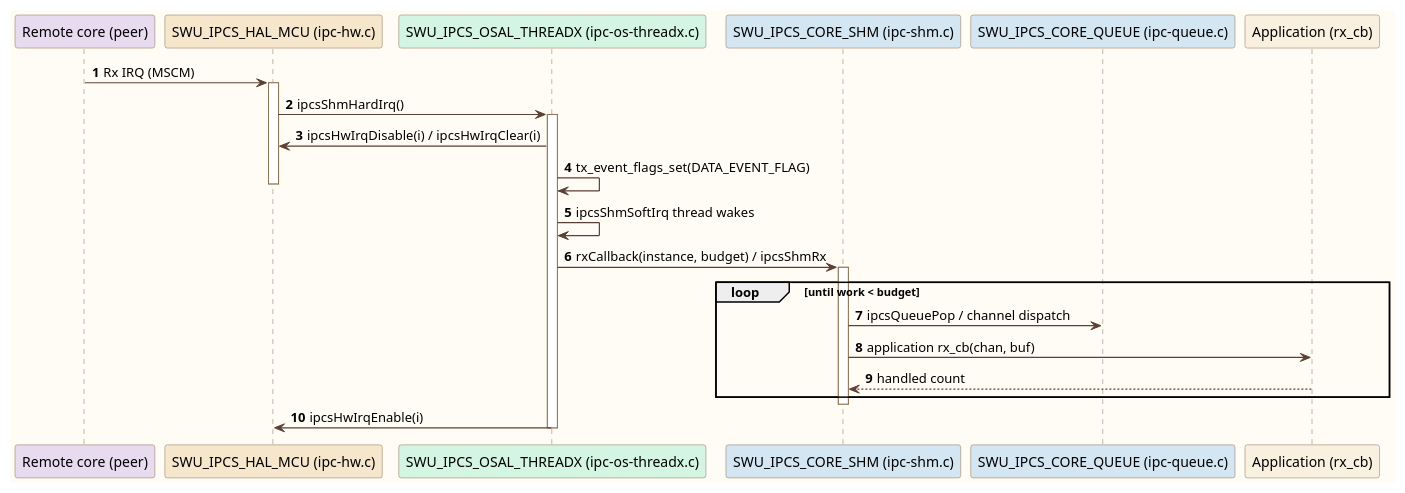
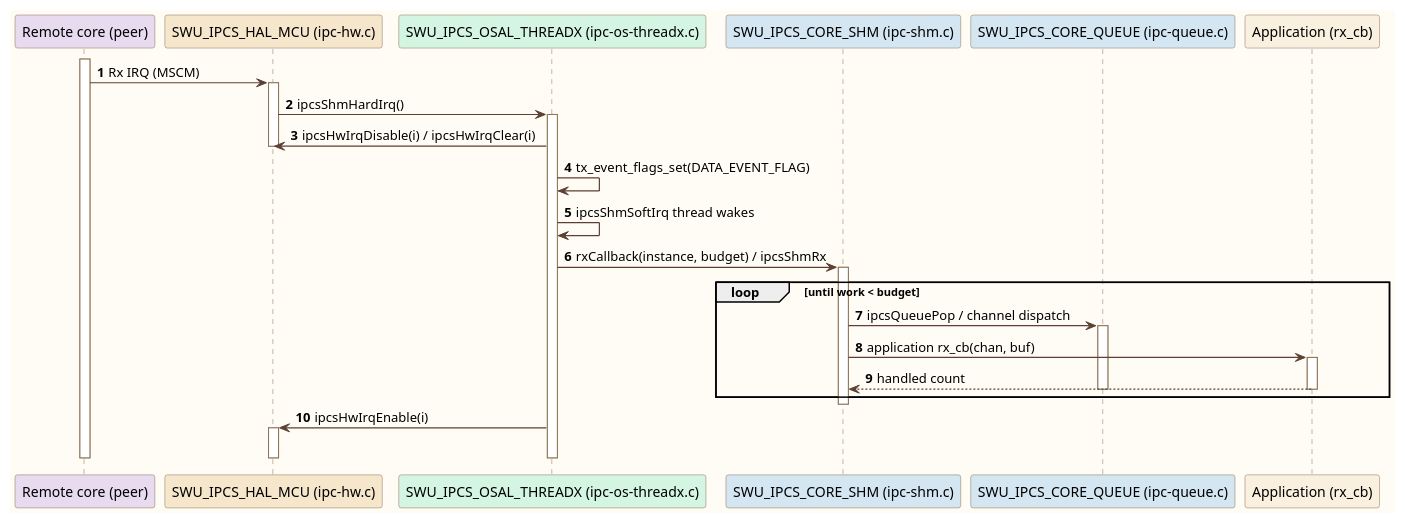
The diagram in c1_sdd_linux-ipcs/cursor_tmp/flow_umls/rtos_seq_rx_managed.puml (Mastang1/sad_sdd_proj), drawn with PlantUML before and after one commit. The commit also changed 208 other files, not shown here.

```diff
--- a/c1_sdd_linux-ipcs/cursor_tmp/flow_umls/rtos_seq_rx_managed.puml
+++ b/c1_sdd_linux-ipcs/cursor_tmp/flow_umls/rtos_seq_rx_managed.puml
@@ -1,44 +1,52 @@
 @startuml
 skinparam backgroundColor #FFFCF5
 skinparam sequenceArrowThickness 1.2
 skinparam sequence {
   ArrowColor #5C4033
   LifeLineBorderColor #8B7355
   ParticipantBorderColor #8B7355
   BoxBorderColor #A08060
 }
 skinparam note {
   BackgroundColor #FFF8E8
   BorderColor #B89968
 }
 skinparam actor {
   BackgroundColor #FAF0E0
   BorderColor #8B7355
 }
 participant "Remote core (peer)" as REMOTE #E8DAEF
 participant "SWU_IPCS_HAL_MCU (ipc-hw.c)" as HAL #F5E6CC
 participant "SWU_IPCS_OSAL_THREADX (ipc-os-threadx.c)" as OSAL #D5F5E3
 participant "SWU_IPCS_CORE_SHM (ipc-shm.c)" as CORE #D4E6F1
 participant "SWU_IPCS_CORE_QUEUE (ipc-queue.c)" as QUEUE #D4E6F1
 participant "Application (rx_cb)" as APP #FAF0E0
 
 autonumber
+activate REMOTE
 REMOTE -> HAL : Rx IRQ (MSCM)
 activate HAL
 HAL -> OSAL : ipcsShmHardIrq()
 activate OSAL
 OSAL -> HAL : ipcsHwIrqDisable(i) / ipcsHwIrqClear(i)
+deactivate HAL
 OSAL -> OSAL : tx_event_flags_set(DATA_EVENT_FLAG)
-deactivate HAL
 OSAL -> OSAL : ipcsShmSoftIrq thread wakes
 OSAL -> CORE : rxCallback(instance, budget) / ipcsShmRx
 activate CORE
 loop until work < budget
   CORE -> QUEUE : ipcsQueuePop / channel dispatch
+  activate QUEUE
   CORE -> APP : application rx_cb(chan, buf)
+  activate APP
   APP --> CORE : handled count
+  deactivate APP
+  deactivate QUEUE
 end
 deactivate CORE
 OSAL -> HAL : ipcsHwIrqEnable(i)
+activate HAL
+deactivate HAL
 deactivate OSAL
+deactivate REMOTE
 @enduml
```
